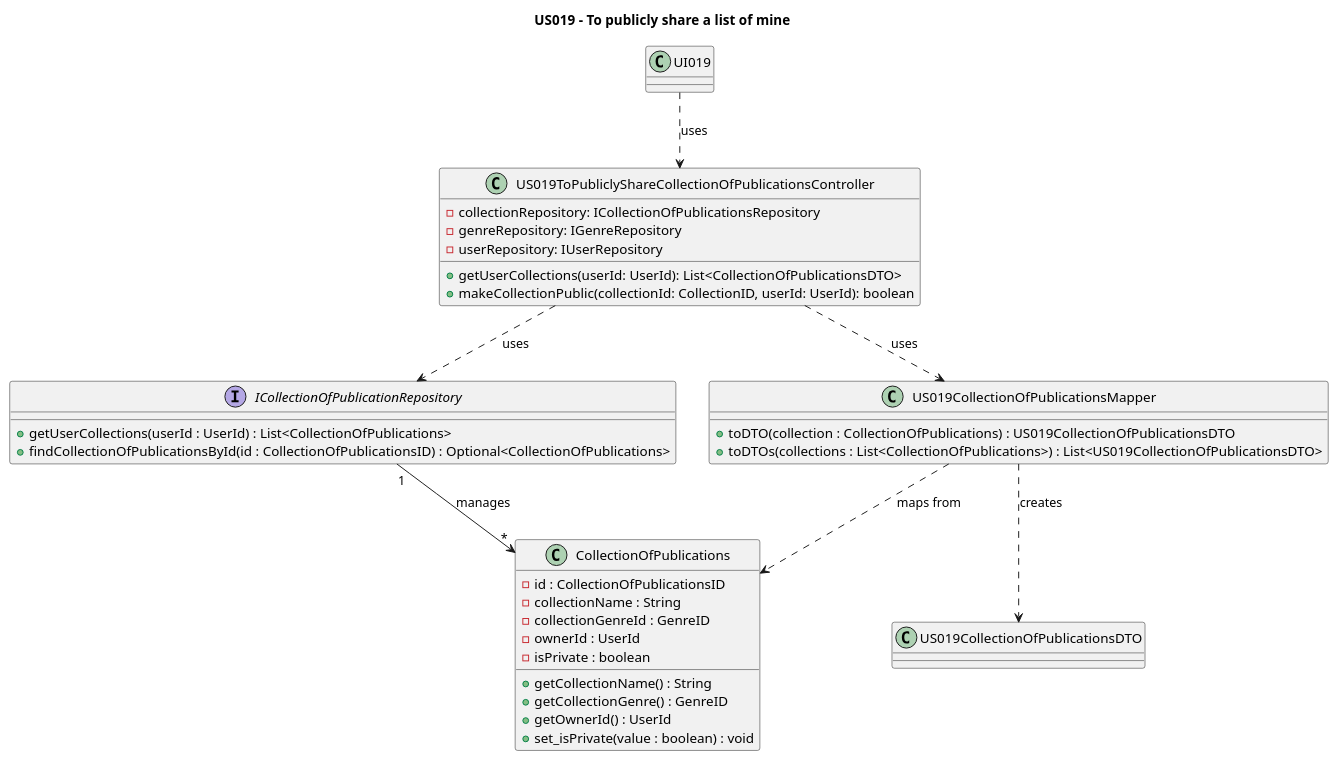
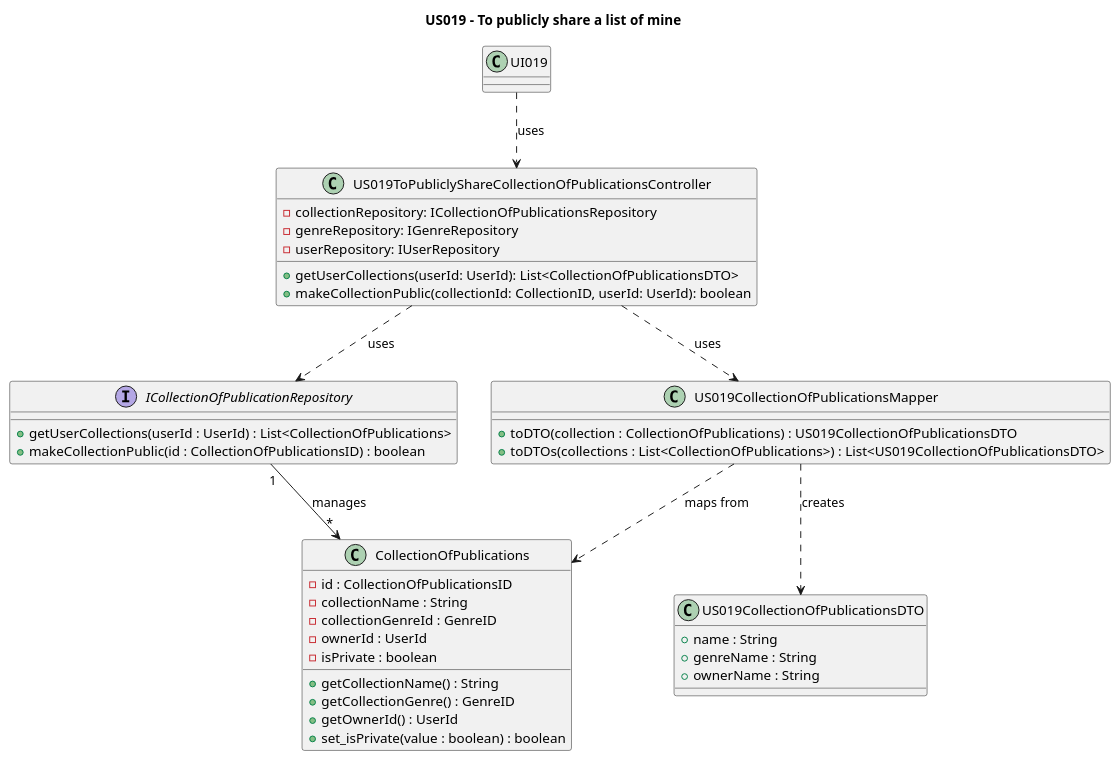
The diagram in Diagrams/ClassDiagrams/US019-to-publicly-share-a-list.puml (AndrePereiraGitH/SWitCH-Project-Team_A), drawn with PlantUML before and after one commit. The commit also changed 7 other files, not shown here.

Commit message:
Working on #602, #606, #605. Updated repository method and US019 diagrams

```diff
--- a/Diagrams/ClassDiagrams/US019-to-publicly-share-a-list.puml
+++ b/Diagrams/ClassDiagrams/US019-to-publicly-share-a-list.puml
@@ -1,57 +1,60 @@
 @startuml
 
 title US019 - To publicly share a list of mine
 
 class "UI019" as UI019 {
 
 }
 
 'Controller
 class "US019ToPubliclyShareCollectionOfPublicationsController" as US019Controller {
   -collectionRepository: ICollectionOfPublicationsRepository
   -genreRepository: IGenreRepository
   -userRepository: IUserRepository
   +getUserCollections(userId: UserId): List<CollectionOfPublicationsDTO>
   +makeCollectionPublic(collectionId: CollectionID, userId: UserId): boolean
 }
 
 'Repository Interfaces
 interface "ICollectionOfPublicationRepository" as ICollectionOfPublicationsRepository  {
  + getUserCollections(userId : UserId) : List<CollectionOfPublications>
- + findCollectionOfPublicationsById(id : CollectionOfPublicationsID) : Optional<CollectionOfPublications>
+ + makeCollectionPublic(id : CollectionOfPublicationsID) : boolean
 }
 
 'Domain
 class CollectionOfPublications {
   - id : CollectionOfPublicationsID
   - collectionName : String
   - collectionGenreId : GenreID
   - ownerId : UserId
   - isPrivate : boolean
   + getCollectionName() : String
   + getCollectionGenre() : GenreID
   + getOwnerId() : UserId
-  + set_isPrivate(value : boolean) : void
+  + set_isPrivate(value : boolean) : boolean
 }
 
 class US019CollectionOfPublicationsMapper {
   + toDTO(collection : CollectionOfPublications) : US019CollectionOfPublicationsDTO
   + toDTOs(collections : List<CollectionOfPublications>) : List<US019CollectionOfPublicationsDTO>
 }
 
 class "US019CollectionOfPublicationsDTO" as DTO{
+        + name : String
+        + genreName : String
+        + ownerName : String
 }
 
 ' Interactions
 UI019 ..> US019Controller : uses
 
 US019Controller ..> ICollectionOfPublicationsRepository : uses
 US019Controller ..> US019CollectionOfPublicationsMapper : uses
 
 ICollectionOfPublicationsRepository "1" --> "*" CollectionOfPublications : manages
 
 US019CollectionOfPublicationsMapper ..> CollectionOfPublications : maps from
 US019CollectionOfPublicationsMapper ..> DTO : creates
 
 
 @enduml
```
